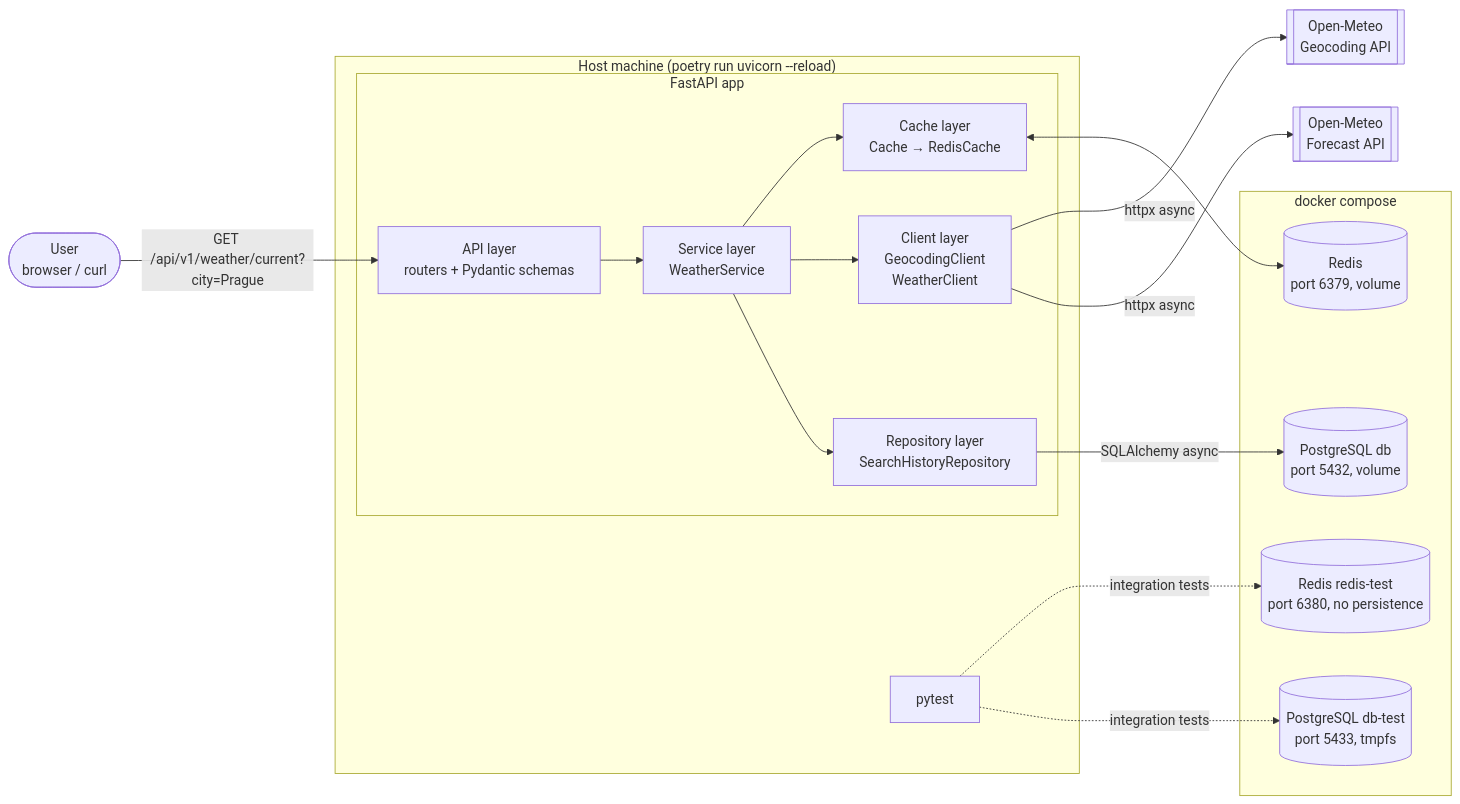
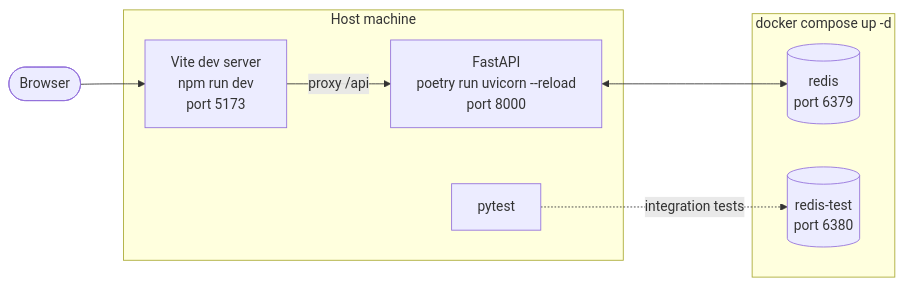
The second of 8 diagrams in ARCHITECTURE.md (loktiyur/weather_forecaster), drawn with Mermaid before and after one commit. The commit also changed other lines of this file and 2 other files, not shown here.

Commit message:
chore: Changed the implementation and the architecture structure of the app [TRIVIAL]

````diff
--- a/ARCHITECTURE.md
+++ b/ARCHITECTURE.md
@@ -70,37 +137,20 @@
 ```mermaid
 flowchart LR
-    user([User<br/>browser / curl])
+    user([Browser])
 
-    subgraph host["Host machine (poetry run uvicorn --reload)"]
-        subgraph api[FastAPI app]
-            routes[API layer<br/>routers + Pydantic schemas]
-            service[Service layer<br/>WeatherService]
-            clients[Client layer<br/>GeocodingClient<br/>WeatherClient]
-            repo[Repository layer<br/>SearchHistoryRepository]
-            cache[Cache layer<br/>Cache → RedisCache]
-        end
+    subgraph host[Host machine]
+        vite["Vite dev server<br/>npm run dev<br/>port 5173"]
+        uvicorn["FastAPI<br/>poetry run uvicorn --reload<br/>port 8000"]
         tests[pytest]
     end
 
-    subgraph compose[docker compose]
-        redis[("Redis<br/>port 6379, volume")]
-        redistest[("Redis redis-test<br/>port 6380, no persistence")]
-        pg[("PostgreSQL db<br/>port 5432, volume")]
-        pgtest[("PostgreSQL db-test<br/>port 5433, tmpfs")]
+    subgraph compose["docker compose up -d"]
+        redis[("redis<br/>port 6379")]
+        redistest[("redis-test<br/>port 6380")]
     end
 
-    geo[[Open-Meteo<br/>Geocoding API]]
-    meteo[[Open-Meteo<br/>Forecast API]]
-
-    user -- "GET /api/v1/weather/current?city=Prague" --> routes
-    routes --> service
-    service --> cache
-    cache <--> redis
-    service --> clients
-    clients -- httpx async --> geo
-    clients -- httpx async --> meteo
-    service --> repo
-    repo -- SQLAlchemy async --> pg
+    user --> vite
+    vite -- "proxy /api" --> uvicorn
+    uvicorn <--> redis
     tests -. integration tests .-> redistest
-    tests -. integration tests .-> pgtest
 ```
````
